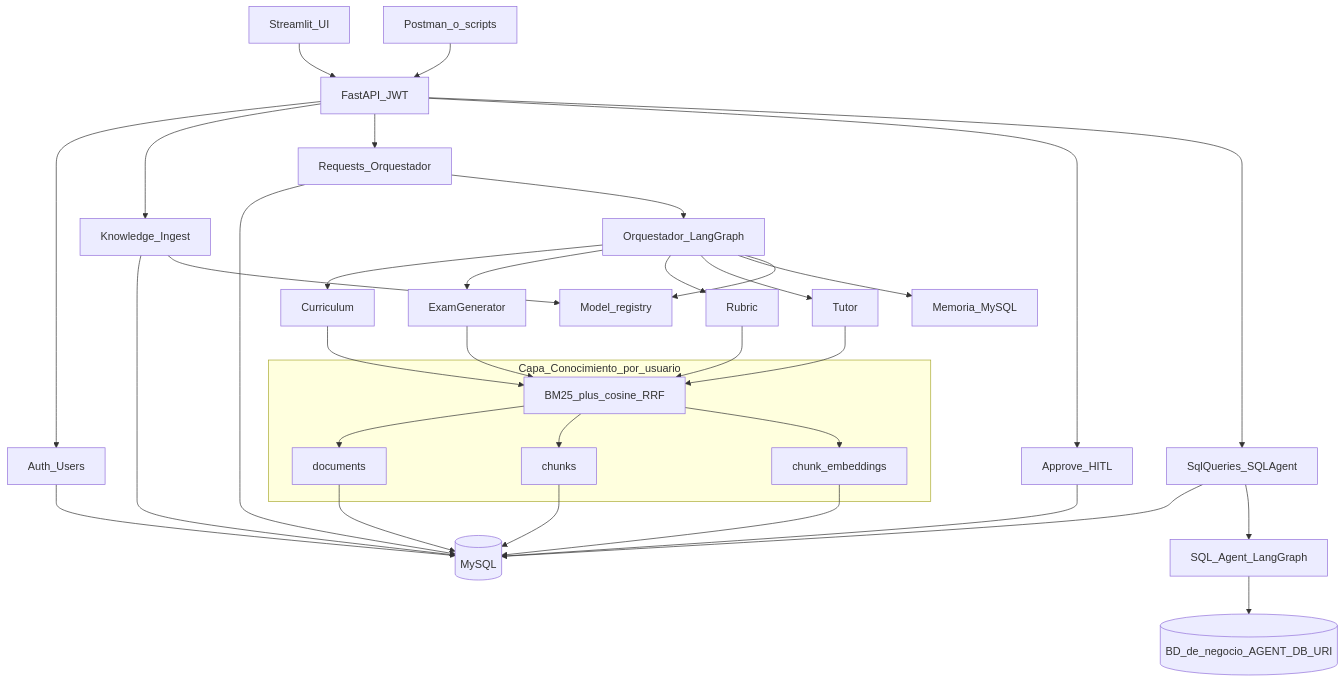
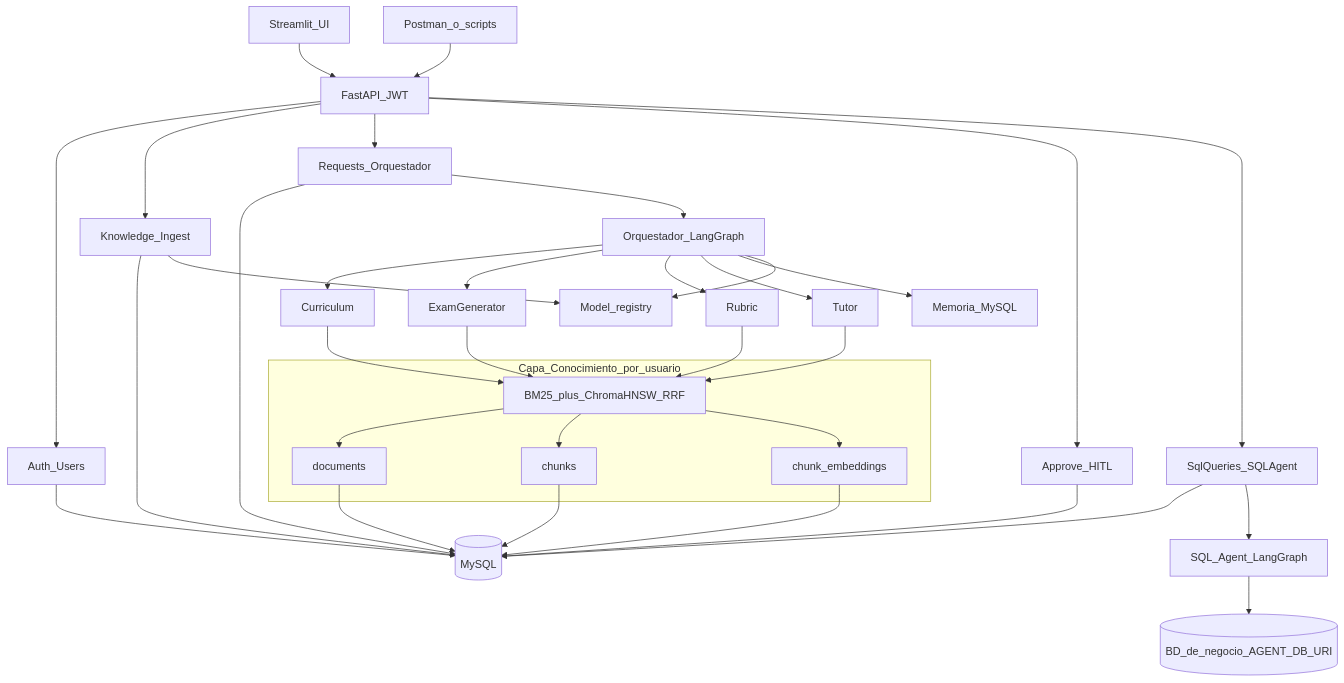
The first of 4 diagrams in docs/arquitectura.md (DavidLeonP/Orquestacion-Agentes), drawn with Mermaid before and after one commit. The commit also changed other lines of this file and 70 other files, not shown here.

````diff
--- a/docs/arquitectura.md
+++ b/docs/arquitectura.md
@@ -30,41 +30,41 @@
 ```mermaid
 flowchart TB
     ST[Streamlit_UI] --> API[FastAPI_JWT]
     Cliente[Postman_o_scripts] --> API
     API --> Auth[Auth_Users]
     API --> Know[Knowledge_Ingest]
     API --> Req[Requests_Orquestador]
     API --> Hitl[Approve_HITL]
     API --> SqlQ[SqlQueries_SQLAgent]
     Auth --> MySQL[(MySQL)]
     Know --> MySQL
     Req --> MySQL
     Hitl --> MySQL
     SqlQ --> MySQL
     Req --> Orq[Orquestador_LangGraph]
     Orq --> CA[Curriculum]
     Orq --> EG[ExamGenerator]
     Orq --> RA[Rubric]
     Orq --> TA[Tutor]
     SqlQ --> SQL[SQL_Agent_LangGraph]
     SQL --> BizDB[(BD_de_negocio_AGENT_DB_URI)]
     subgraph conocimiento [Capa_Conocimiento_por_usuario]
         Docs[documents]
         Chunks[chunks]
         Emb[chunk_embeddings]
-        Hibrida[BM25_plus_cosine_RRF]
+        Hibrida[BM25_plus_ChromaHNSW_RRF]
     end
     CA --> Hibrida
     EG --> Hibrida
     RA --> Hibrida
     TA --> Hibrida
     Hibrida --> Docs
     Hibrida --> Chunks
     Hibrida --> Emb
     Docs --> MySQL
     Chunks --> MySQL
     Emb --> MySQL
     Orq --> Mem[Memoria_MySQL]
     Orq --> Registry[Model_registry]
     Know --> Registry
 ```
````
